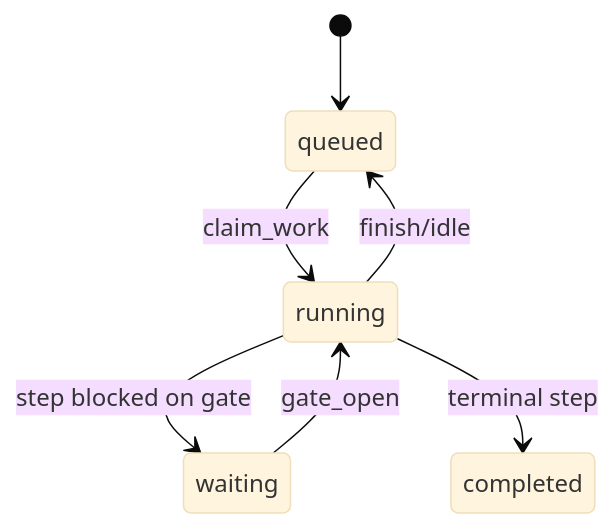
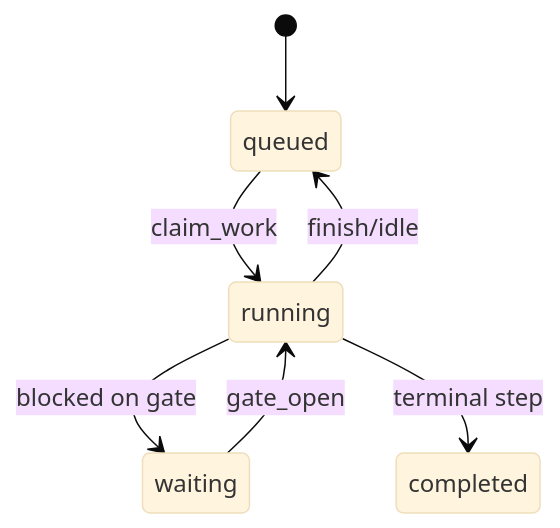
One commit to chem-gl/chem-flow changed the second of 2 diagrams in crates/flow/README.md. Above: the diagram before and after it, drawn with Mermaid (base theme). The commit also changed other lines of this file and 9 other files, not shown here.

Commit message:
Se verifica el flow

````diff
--- a/crates/flow/README.md
+++ b/crates/flow/README.md
@@ -89,9 +56,9 @@
 ```mermaid
 stateDiagram-v2
     [*] --> queued
     queued --> running: claim_work
-    running --> waiting: step blocked on gate
+    running --> waiting: blocked on gate
     running --> queued: finish/idle
     waiting --> running: gate_open
     running --> completed: terminal step
 ```
````
